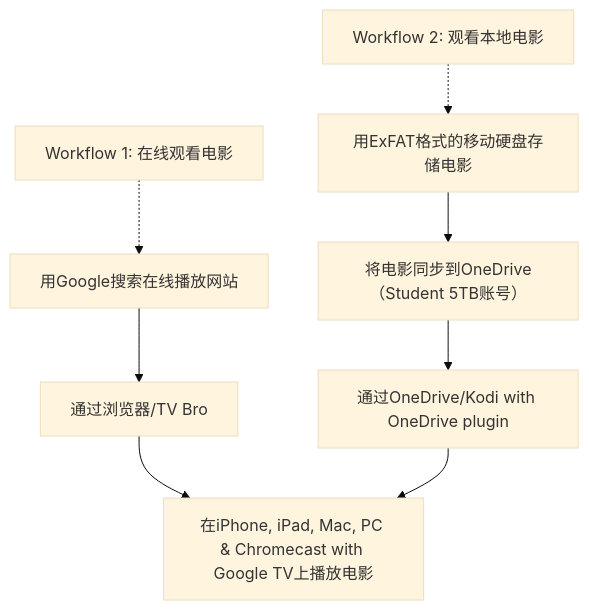
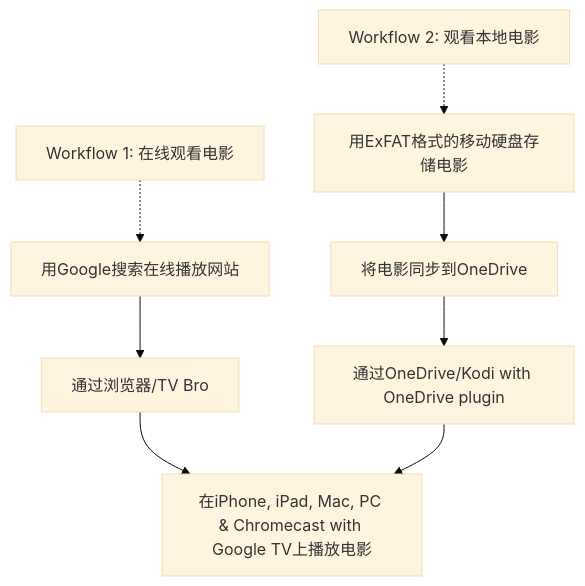
Before and after one commit to goooooouwa/writings: the diagram in _posts/productivity/2021-03-28-movie-watching-setup.md, drawn with Mermaid (base theme).

```diff
--- a/_posts/productivity/2021-03-28-movie-watching-setup.md
+++ b/_posts/productivity/2021-03-28-movie-watching-setup.md
@@ -8,16 +8,16 @@
 <div class="mermaid">
     graph TD
     T1[Workflow 1: 在线观看电影] -.-> A
 
     A[用Google搜索在线播放网站]
     A --> F[通过浏览器/TV Bro]
     F --> J[在iPhone, iPad, Mac, PC & Chromecast with Google TV上播放电影]
 
     T2[Workflow 2: 观看本地电影] -.-> D
 
     D[用ExFAT格式的移动硬盘存储电影]
-    D --> E[将电影同步到OneDrive（Student 5TB账号）]
+    D --> E[将电影同步到OneDrive]
     E --> G[通过OneDrive/Kodi with OneDrive plugin]
     G --> J[在iPhone, iPad, Mac, PC & Chromecast with Google TV上播放电影]
   
 </div>
```
